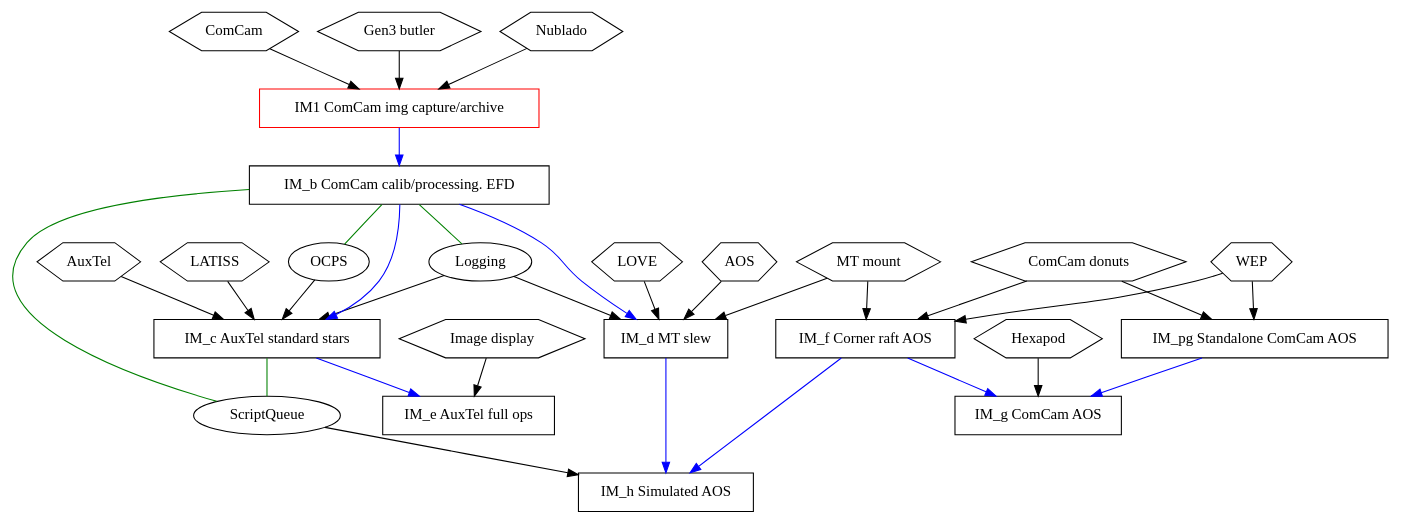
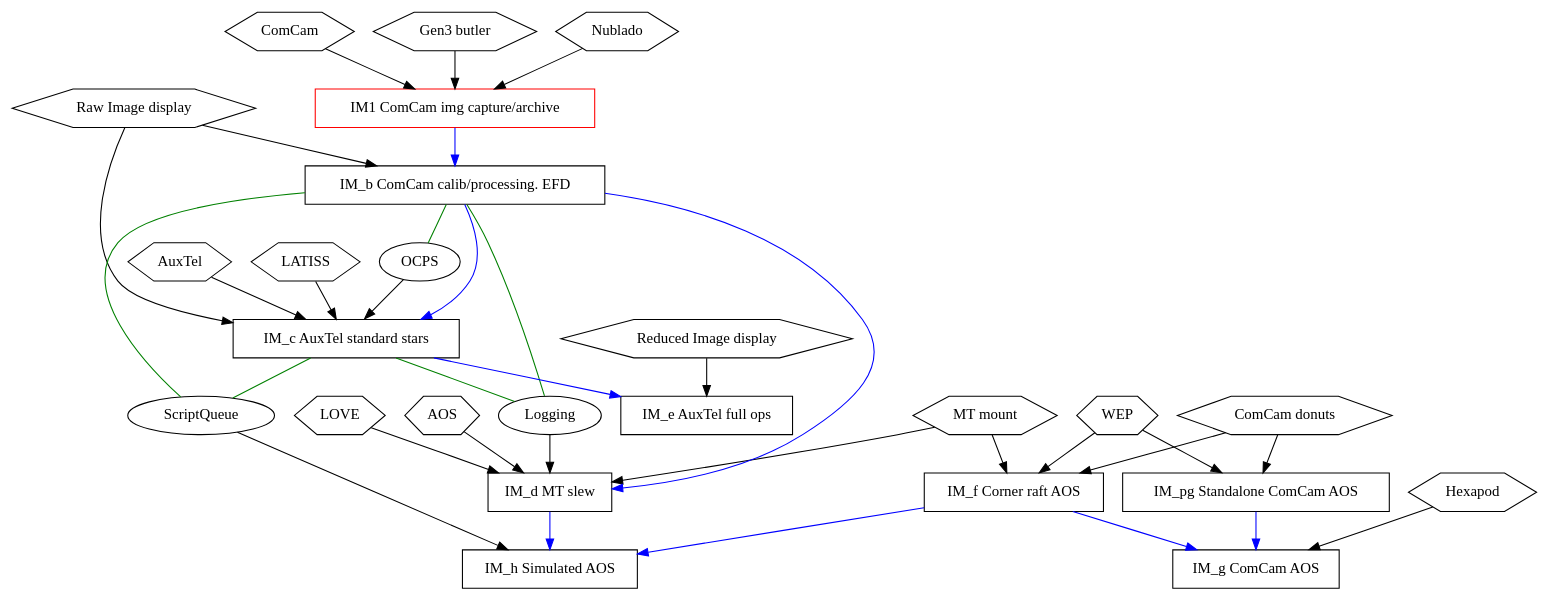
One commit to lsst-sitcom/sitcomtn-006 changed the diagram in dependencies.dot. Above: the diagram before and after it, drawn with Graphviz. The commit also changed 2 other files, not shown here.

```diff
--- a/dependencies.dot
+++ b/dependencies.dot
@@ -1,81 +1,84 @@
 digraph
 {
     #ratio = 0.7
     {
     # Hardware, external software component, or data product
     node  [shape=hexagon]
     ComCam
     "ComCam donuts"
     "Gen3 butler"
     Nublado
     AuxTel
     LATISS
     "MT mount"
-    "Image display"
+    "Raw Image display"
+    "Reduced Image display"
     LOVE
     AOS
     Hexapod
     WEP
 
     # Systems we have to write and integrate
     node  [shape=ellipse]
     OCPS
     Logging
     ScriptQueue
 
     node [shape=box]
     IM_a [label="IM1 ComCam img capture/archive" color=red]
     IM_b [label="IM_b ComCam calib/processing. EFD"]
     IM_c [label="IM_c AuxTel standard stars"]
     IM_d [label="IM_d MT slew"]
     IM_e [label="IM_e AuxTel full ops"]
     IM_f [label="IM_f Corner raft AOS"]
     IM_pg [label="IM_pg Standalone ComCam AOS"]
     IM_g [label="IM_g ComCam AOS"]
     IM_h [label="IM_h Simulated AOS"]
     # IM_i [label="IM_i Commission AOS"]
     # IM_j [label="IM_j AuxTel start/end night"]
     # IM_k [label="IM_k LSSTcam img capture/archive"]
     # IM_cbp [label="IM_cbp CBP"]
     }
 
 Nublado -> IM_a
 "Gen3 butler" -> IM_a
 ComCam -> IM_a
 IM_b -> ScriptQueue [arrowhead=none color=green] # I.e. validated by this IM
 
 IM_b -> OCPS [arrowhead=none color=green] # I.e. validated by this IM
 IM_b -> Logging [arrowhead=none color=green] # I.e. validated by this IM
+"Raw Image display" -> IM_b
 
 AuxTel -> IM_c
 LATISS -> IM_c
-Logging -> IM_c
+IM_c -> Logging [arrowhead=none color=green] # I.e. validated by this IM
 OCPS -> IM_c
 IM_c -> ScriptQueue [arrowhead=none color=green] # I.e. validated by this IM
+"Raw Image display" -> IM_c
 
 AOS -> IM_d
 LOVE -> IM_d
 Logging -> IM_d
 "MT mount" -> IM_d
 
-"Image display" -> IM_e
+"Reduced Image display" -> IM_e
 
 "ComCam donuts" -> IM_f
 "MT mount" -> IM_f
 "WEP" -> IM_f
 
 "ComCam donuts" -> IM_pg
 "WEP" -> IM_pg
 
 Hexapod -> IM_g
 
 ScriptQueue -> IM_h
 
 IM_a -> IM_b [color=blue] # -> IM_k
 IM_b -> IM_c -> IM_e [color=blue]
 IM_b -> IM_d -> IM_h [color=blue]
 # IM_b -> IM_cbp [color=blue]
 IM_f -> IM_h [color=blue]
 IM_f -> IM_g [color=blue]
 IM_pg -> IM_g [color=blue]
 }
```
